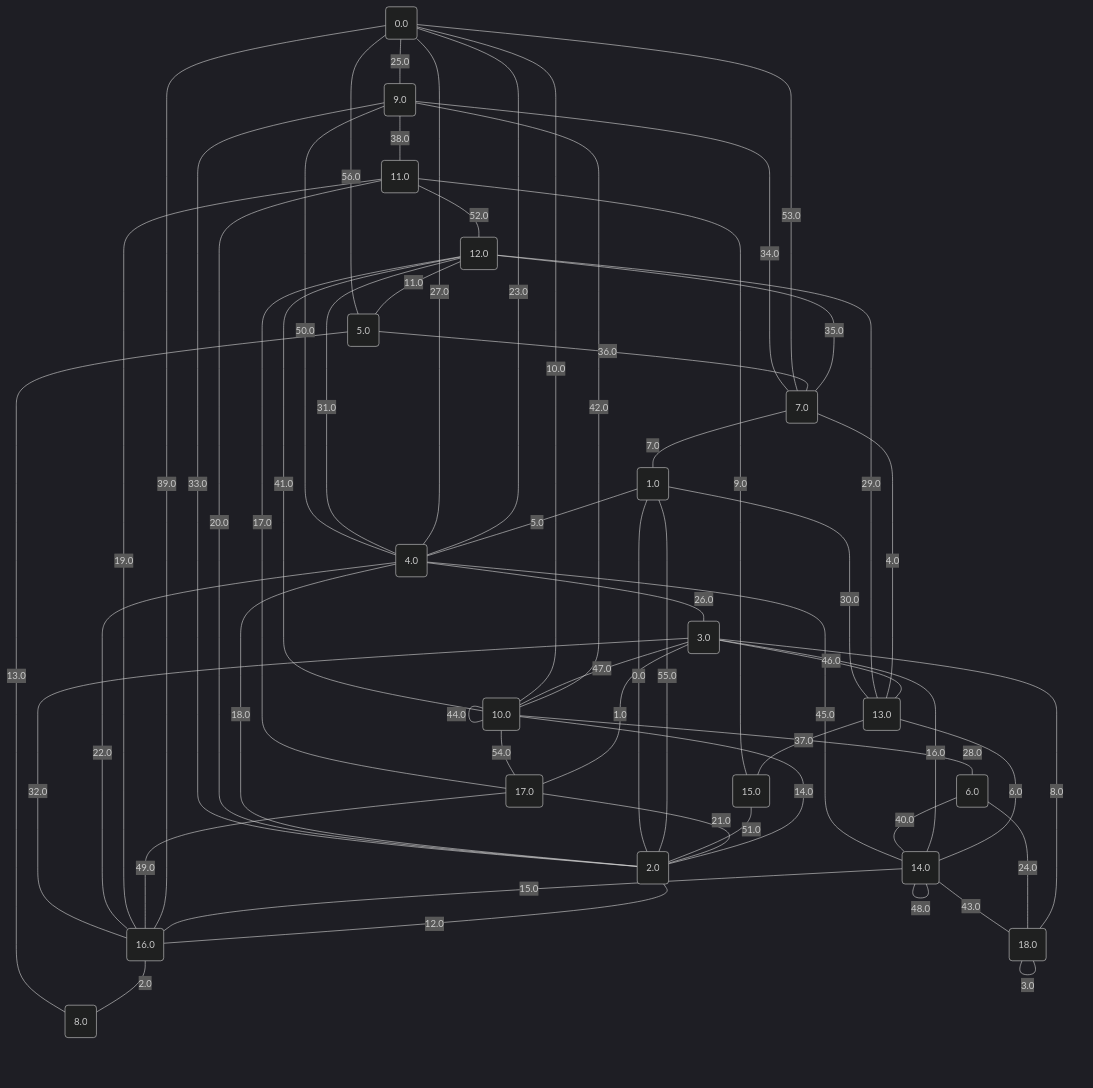
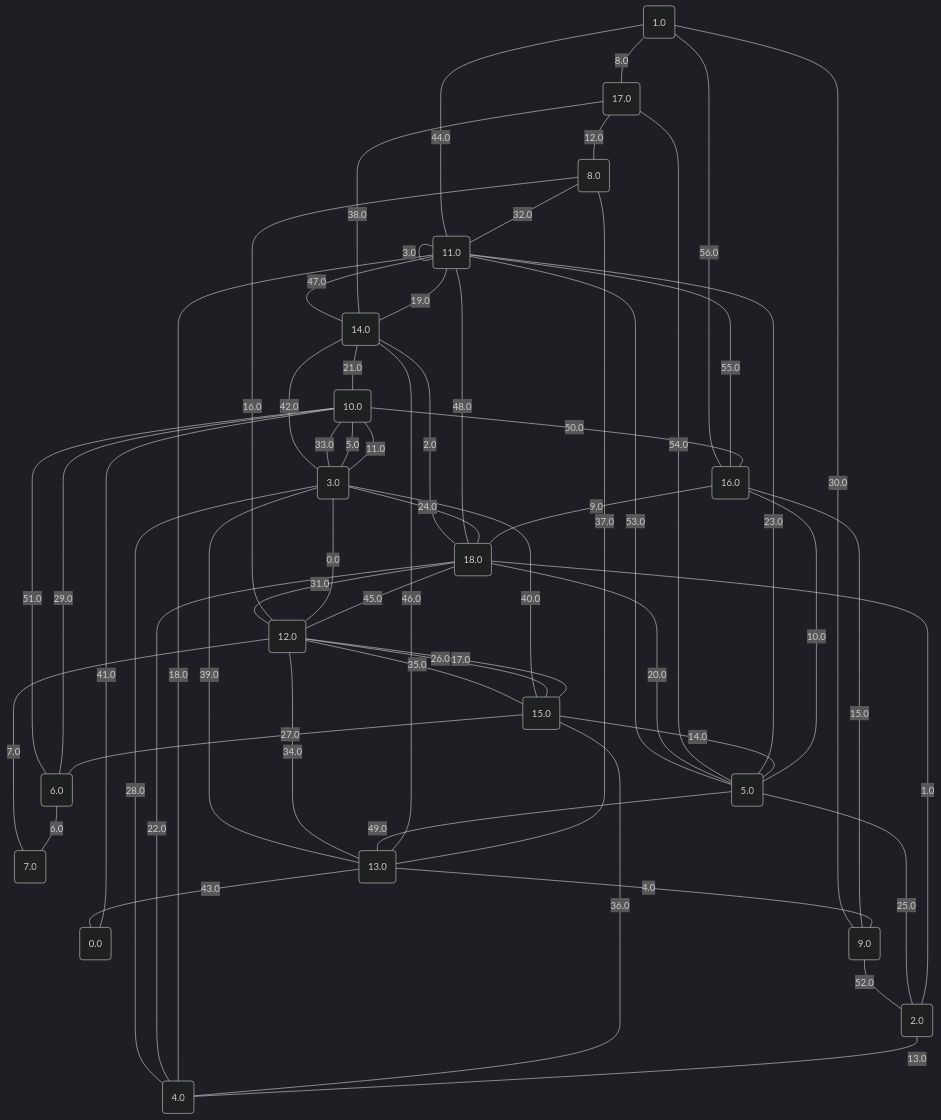
The diagram in project/src/testing/graphs/14.md (metury/graphs), drawn with Mermaid (dark theme) before and after one commit. The commit also changed 50 other files, not shown here.

````diff
--- a/project/src/testing/graphs/14.md
+++ b/project/src/testing/graphs/14.md
@@ -1,79 +1,79 @@
 ```mermaid
 graph TD;
 0("0.0");
 1("1.0");
 2("2.0");
 3("3.0");
 4("4.0");
 5("5.0");
 6("6.0");
 7("7.0");
 8("8.0");
 9("9.0");
 10("10.0");
 11("11.0");
 12("12.0");
 13("13.0");
 14("14.0");
 15("15.0");
 16("16.0");
 17("17.0");
 18("18.0");
-	2 -- "0.0" --- 1;
-	3 -- "1.0" --- 17;
-	16 -- "2.0" --- 8;
-	18 -- "3.0" --- 18;
-	13 -- "4.0" --- 7;
-	1 -- "5.0" --- 4;
-	13 -- "6.0" --- 14;
-	7 -- "7.0" --- 1;
-	3 -- "8.0" --- 18;
-	15 -- "9.0" --- 11;
-	10 -- "10.0" --- 0;
-	12 -- "11.0" --- 5;
-	2 -- "12.0" --- 16;
-	5 -- "13.0" --- 8;
-	10 -- "14.0" --- 2;
-	14 -- "15.0" --- 16;
-	3 -- "16.0" --- 14;
-	17 -- "17.0" --- 12;
-	2 -- "18.0" --- 4;
-	16 -- "19.0" --- 11;
-	2 -- "20.0" --- 11;
-	17 -- "21.0" --- 2;
-	16 -- "22.0" --- 4;
-	4 -- "23.0" --- 0;
-	6 -- "24.0" --- 18;
-	0 -- "25.0" --- 9;
-	4 -- "26.0" --- 3;
-	4 -- "27.0" --- 0;
-	10 -- "28.0" --- 6;
-	13 -- "29.0" --- 12;
-	13 -- "30.0" --- 1;
-	4 -- "31.0" --- 12;
-	16 -- "32.0" --- 3;
-	2 -- "33.0" --- 9;
-	7 -- "34.0" --- 9;
-	12 -- "35.0" --- 7;
-	5 -- "36.0" --- 7;
-	13 -- "37.0" --- 15;
-	9 -- "38.0" --- 11;
-	0 -- "39.0" --- 16;
-	6 -- "40.0" --- 14;
-	10 -- "41.0" --- 12;
-	9 -- "42.0" --- 10;
-	14 -- "43.0" --- 18;
-	10 -- "44.0" --- 10;
-	4 -- "45.0" --- 14;
-	3 -- "46.0" --- 13;
-	3 -- "47.0" --- 10;
-	14 -- "48.0" --- 14;
-	17 -- "49.0" --- 16;
-	4 -- "50.0" --- 9;
-	15 -- "51.0" --- 2;
-	11 -- "52.0" --- 12;
-	0 -- "53.0" --- 7;
-	10 -- "54.0" --- 17;
-	1 -- "55.0" --- 2;
-	5 -- "56.0" --- 0;
+	12 -- "0.0" --- 3;
+	18 -- "1.0" --- 2;
+	18 -- "2.0" --- 14;
+	11 -- "3.0" --- 11;
+	13 -- "4.0" --- 9;
+	3 -- "5.0" --- 10;
+	6 -- "6.0" --- 7;
+	7 -- "7.0" --- 12;
+	1 -- "8.0" --- 17;
+	16 -- "9.0" --- 18;
+	16 -- "10.0" --- 5;
+	10 -- "11.0" --- 3;
+	17 -- "12.0" --- 8;
+	2 -- "13.0" --- 4;
+	15 -- "14.0" --- 5;
+	16 -- "15.0" --- 9;
+	12 -- "16.0" --- 8;
+	12 -- "17.0" --- 15;
+	4 -- "18.0" --- 11;
+	11 -- "19.0" --- 14;
+	5 -- "20.0" --- 18;
+	14 -- "21.0" --- 10;
+	4 -- "22.0" --- 18;
+	11 -- "23.0" --- 5;
+	3 -- "24.0" --- 18;
+	5 -- "25.0" --- 2;
+	12 -- "26.0" --- 15;
+	15 -- "27.0" --- 6;
+	4 -- "28.0" --- 3;
+	6 -- "29.0" --- 10;
+	1 -- "30.0" --- 9;
+	12 -- "31.0" --- 18;
+	8 -- "32.0" --- 11;
+	3 -- "33.0" --- 10;
+	13 -- "34.0" --- 12;
+	15 -- "35.0" --- 12;
+	15 -- "36.0" --- 4;
+	8 -- "37.0" --- 13;
+	14 -- "38.0" --- 17;
+	13 -- "39.0" --- 3;
+	3 -- "40.0" --- 15;
+	10 -- "41.0" --- 0;
+	3 -- "42.0" --- 14;
+	13 -- "43.0" --- 0;
+	11 -- "44.0" --- 1;
+	18 -- "45.0" --- 12;
+	14 -- "46.0" --- 13;
+	14 -- "47.0" --- 11;
+	11 -- "48.0" --- 18;
+	5 -- "49.0" --- 13;
+	10 -- "50.0" --- 16;
+	6 -- "51.0" --- 10;
+	9 -- "52.0" --- 2;
+	5 -- "53.0" --- 11;
+	17 -- "54.0" --- 5;
+	16 -- "55.0" --- 11;
+	16 -- "56.0" --- 1;
 ```
````
